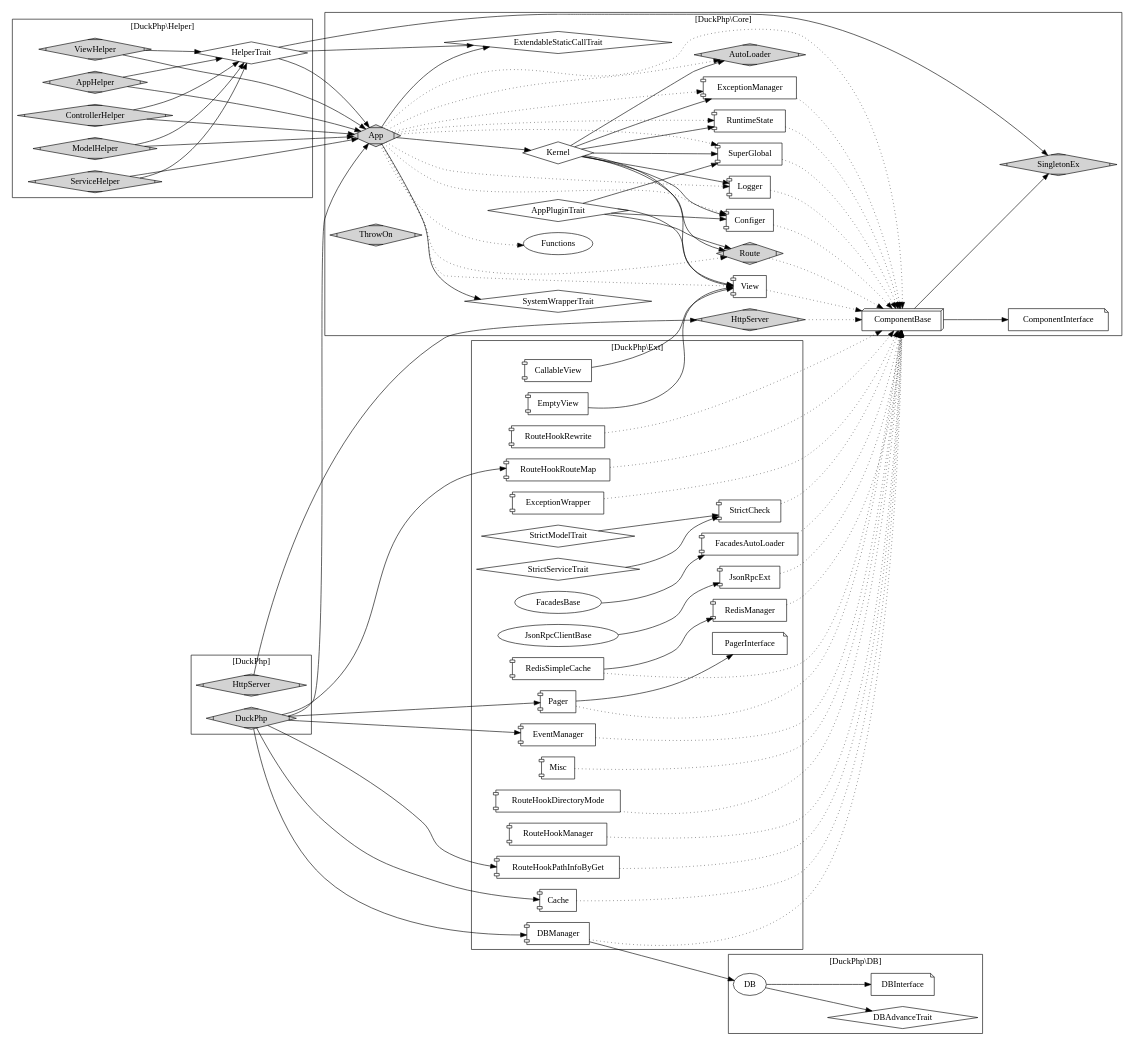
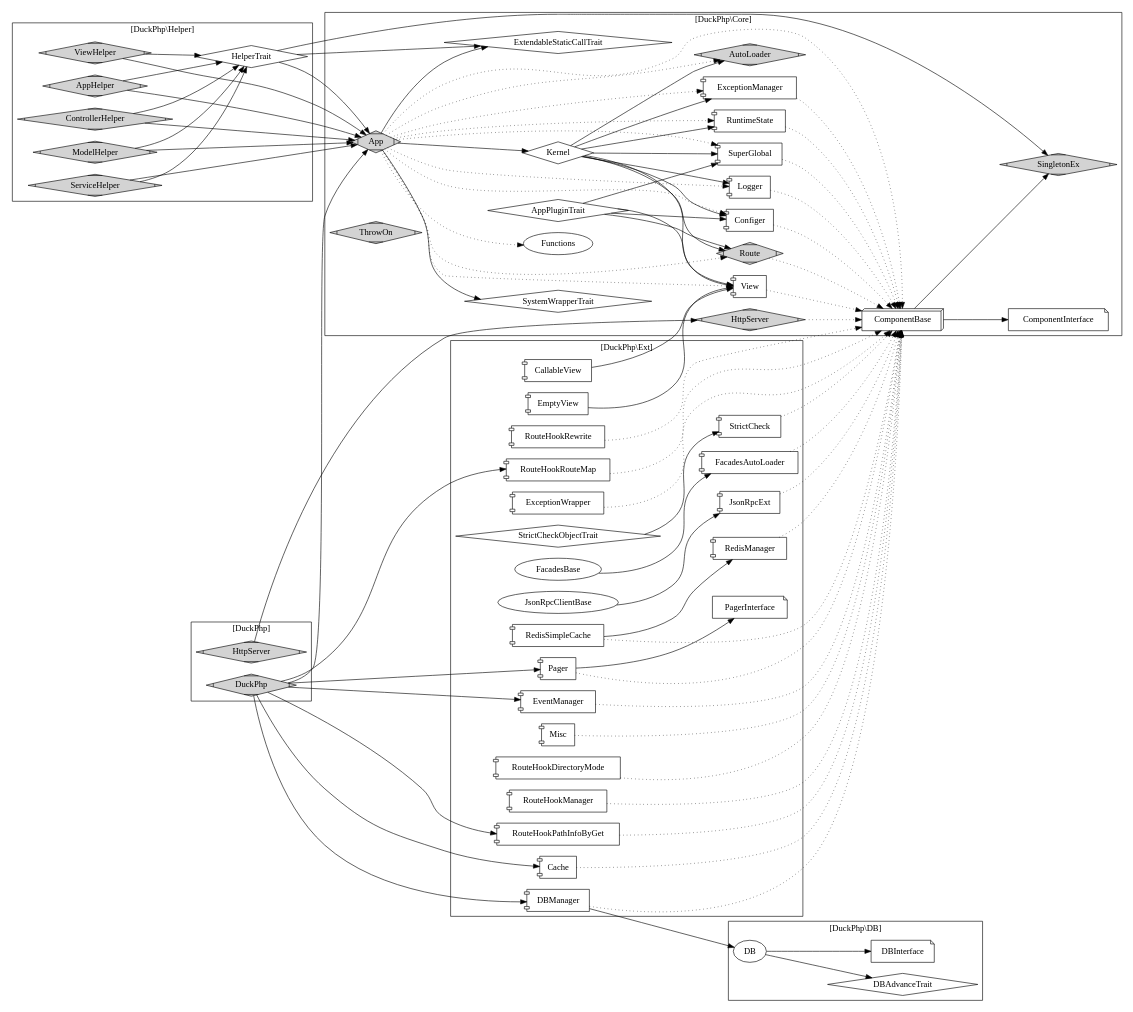
One commit to dvaknheo/duckphp changed the diagram in doc/duckphp.gv. Above: the diagram before and after it, drawn with Graphviz. The commit also changed 4 other files, not shown here.

```diff
--- a/doc/duckphp.gv
+++ b/doc/duckphp.gv
@@ -1,198 +1,196 @@
 digraph G{
 /* This is a graphviz file */
 graph [rankdir = "LR"];
 
 subgraph cluster_Core {
     
     label = "[DuckPhp\\Core]";
 
     Core_AppPluginTrait [label="AppPluginTrait";shape=diamond];
     Core_App [label="App";shape=Mdiamond;style=filled]; 
     Core_Kernel [label="Kernel";shape="diamond"];
     Core_SingletonEx [label="SingletonEx";shape=Mdiamond;style=filled];
     Core_AutoLoader [label="AutoLoader";shape=Mdiamond;style=filled];
     Core_ExceptionManager [label="ExceptionManager";shape="component"];
     Core_View [label="View";shape="component"];
     Core_Configer [label="Configer";shape="component"];
     Core_Logger [label="Logger";shape="component"];
     Core_Route [label="Route";shape=Mdiamond;style=filled];
     Core_RuntimeState [label="RuntimeState";shape="component"];
     Core_SystemWrapperTrait [label="SystemWrapperTrait";shape=diamond];
     
     Core_HttpServer [label="HttpServer";shape=Mdiamond;style=filled];
     Core_SuperGlobal [label="SuperGlobal";shape="component"];
 
     Core_ExtendableStaticCallTrait [label="ExtendableStaticCallTrait";shape=diamond];
     
     Core_ThrowOn [label="ThrowOn";shape=Mdiamond;style=filled];
     Core_ComponentInterface [label="ComponentInterface";shape=note];
     Core_ComponentBase [label="ComponentBase";shape=box3d];
     Core_Functions [label="Functions"];
 
 
     Core_Kernel -> Core_AutoLoader ;
     Core_Kernel -> Core_Configer;
     Core_Kernel -> Core_Logger;
     Core_Kernel -> Core_ExceptionManager;
     Core_Kernel -> Core_Route;
     Core_Kernel -> Core_RuntimeState;
     Core_Kernel -> Core_View;
     Core_Kernel -> Core_SuperGlobal;
     
     Core_App -> Core_Kernel;
     Core_App -> Core_ExtendableStaticCallTrait;
     Core_App -> Core_SystemWrapperTrait;
     
     Core_App -> Core_AutoLoader [style="dotted"];
     Core_App -> Core_Configer [style="dotted"];
     Core_App -> Core_Logger [style="dotted"];
     Core_App -> Core_ExceptionManager [style="dotted"];
     Core_App -> Core_Route [style="dotted"];
     Core_App -> Core_RuntimeState [style="dotted"];
     Core_App -> Core_View [style="dotted"];
     Core_App -> Core_SuperGlobal [style="dotted"];
     
     Core_App -> Core_Functions [style="dotted"];
     Core_App -> Core_ComponentBase [style="dotted"];
 
 
     Core_AppPluginTrait -> Core_Configer;
     Core_AppPluginTrait -> Core_View;
     Core_AppPluginTrait -> Core_Route;
     Core_AppPluginTrait -> Core_SuperGlobal;
     
     
     Core_ExceptionManager -> Core_ComponentBase [style="dotted"];
     Core_Configer -> Core_ComponentBase [style="dotted"];
     Core_Route -> Core_ComponentBase [style="dotted"];
     Core_SuperGlobal -> Core_ComponentBase [style="dotted"];
     Core_RuntimeState -> Core_ComponentBase [style="dotted"];
     Core_View -> Core_ComponentBase [style="dotted"];
     Core_Logger -> Core_ComponentBase [style="dotted"];
     Core_HttpServer -> Core_ComponentBase [style="dotted"];
 
     
     Core_ComponentBase -> Core_ComponentInterface;
     Core_ComponentBase -> Core_SingletonEx;
     
     
 }
 
 
 
 
 subgraph cluster_Helper {
     
     label = "[DuckPhp\\Helper]";
     
     AppHelper [label="AppHelper";shape=Mdiamond;style=filled];
     ControllerHelper [label="ControllerHelper";shape=Mdiamond;style=filled];
     ModelHelper [label="ModelHelper";shape=Mdiamond;style=filled];
     ServiceHelper [label="ServiceHelper";shape=Mdiamond;style=filled];
     ViewHelper [label="ViewHelper";shape=Mdiamond;style=filled];
     HelperTrait [label="HelperTrait";shape=diamond];
     
     AppHelper -> Core_App; 
     ControllerHelper -> Core_App; 
     ModelHelper -> Core_App; 
     ServiceHelper -> Core_App; 
     ViewHelper -> Core_App; 
     HelperTrait -> Core_SingletonEx;
     HelperTrait -> Core_App;
     HelperTrait -> Core_ExtendableStaticCallTrait ;
     
     AppHelper -> HelperTrait; 
     ControllerHelper -> HelperTrait; 
     ModelHelper -> HelperTrait; 
     ServiceHelper -> HelperTrait; 
     ViewHelper -> HelperTrait; 
 
 }
 
 subgraph cluster_DB {
     label = "[DuckPhp\\DB]";
 
     DB_DB [label="DB"];
     DB_DBAdvanceTrait [label="DBAdvanceTrait";shape=diamond];
     DB_DBInterface [label="DBInterface";shape=note];
     
     DB_DB -> DB_DBAdvanceTrait;
     DB_DB -> DB_DBInterface;
 }
 
 subgraph cluster_Ext {
     label = "[DuckPhp\\Ext]";
 
     CallableView[shape="component"];
     Cache[shape="component"];
     DBManager[shape="component"];
     EmptyView[shape="component"];
     EventManager[shape="component"];
     FacadesAutoLoader[shape="component"];
     FacadesBase ;
     JsonRpcClientBase ;
     JsonRpcExt[shape="component"];
     Misc[shape="component"];
     Pager[shape="component"];
     PagerInterface [shape=note];
     RedisManager[shape="component"];
     RedisSimpleCache[shape="component"];
     RouteHookDirectoryMode[shape="component"];
     RouteHookManager[shape="component"];
     RouteHookPathInfoByGet[shape="component"];
     RouteHookRewrite[shape="component"];
     RouteHookRouteMap[shape="component"];
     StrictCheck[shape="component"];
-    StrictModelTrait [shape=diamond];
-    StrictServiceTrait [shape=diamond];
+    StrictCheckObjectTrait [shape=diamond];
     ExceptionWrapper [shape="component"];
 
     DBManager -> DB_DB;
     CallableView ->Core_View; 
     EmptyView ->Core_View; 
     JsonRpcClientBase ->JsonRpcExt;
     FacadesBase -> FacadesAutoLoader;
     Pager -> PagerInterface; 
     RedisSimpleCache -> RedisManager;
-    StrictModelTrait -> StrictCheck; 
-    StrictServiceTrait -> StrictCheck; 
+    StrictCheckObjectTrait -> StrictCheck; 
     
     FacadesAutoLoader -> Core_ComponentBase [style="dotted"];
     JsonRpcExt -> Core_ComponentBase [style="dotted"];
     Pager -> Core_ComponentBase [style="dotted"];
     Misc -> Core_ComponentBase [style="dotted"];
     RedisSimpleCache -> Core_ComponentBase [style="dotted"];
     RedisManager -> Core_ComponentBase [style="dotted"];
     Cache -> Core_ComponentBase [style="dotted"];
     StrictCheck -> Core_ComponentBase [style="dotted"];
     RouteHookDirectoryMode -> Core_ComponentBase [style="dotted"];
     RouteHookManager -> Core_ComponentBase [style="dotted"];
     RouteHookPathInfoByGet -> Core_ComponentBase [style="dotted"];
     RouteHookRewrite -> Core_ComponentBase [style="dotted"];
     RouteHookRouteMap -> Core_ComponentBase [style="dotted"];
     DBManager -> Core_ComponentBase [style="dotted"];
 
     EventManager -> Core_ComponentBase [style="dotted"];
     ExceptionWrapper -> Core_ComponentBase [style="dotted"];
 }
 
 subgraph cluster_DuckPhp {
     label = "[DuckPhp]";
     node [style=filled];
 
     HttpServer -> Core_HttpServer;
     DuckPhp -> Core_App;
 
     DuckPhp -> RouteHookRouteMap;
     DuckPhp -> Pager;
     DuckPhp -> DBManager;
     DuckPhp -> EventManager;
     DuckPhp -> RouteHookPathInfoByGet;
     DuckPhp -> Cache;
 
     DuckPhp [shape=Mdiamond];
     HttpServer [shape=Mdiamond;style=filled];
 
 }
 
 }
```
